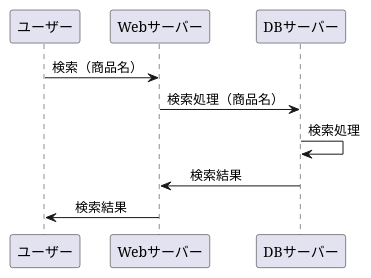
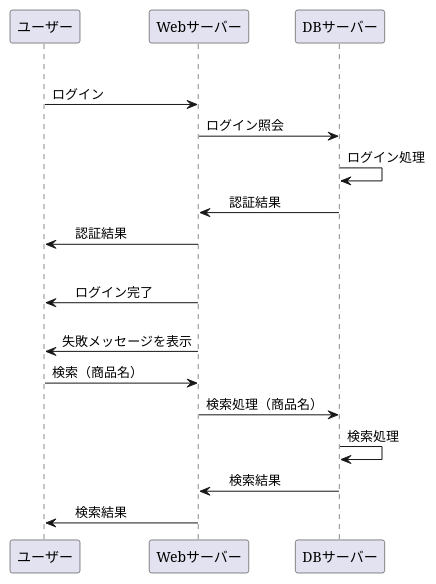
Before and after one commit to Aso2101121/2021sys-design: the diagram in sampleGH.md, drawn with PlantUML.

````diff
--- a/sampleGH.md
+++ b/sampleGH.md
@@ -1,9 +1,22 @@
 ```uml
 @startuml
+opt ログイン
+ユーザー -> Webサーバー : ログイン
+Webサーバー -> DBサーバー : ログイン照会
+DBサーバー -> DBサーバー : ログイン処理
+DBサーバー -> Webサーバー :　認証結果
+Webサーバー -> ユーザー :　認証結果
+
+alt 登録成功
+Webサーバー -> ユーザー :　ログイン完了 
+
+else 登録失敗
+Webサーバー -> ユーザー : 失敗メッセージを表示
+
 ユーザー -> Webサーバー : 検索（商品名）
 Webサーバー -> DBサーバー : 検索処理（商品名）
 DBサーバー -> DBサーバー : 検索処理
 DBサーバー -> Webサーバー :　検索結果
 Webサーバー -> ユーザー :　検索結果
 @enduml
 ```
````
